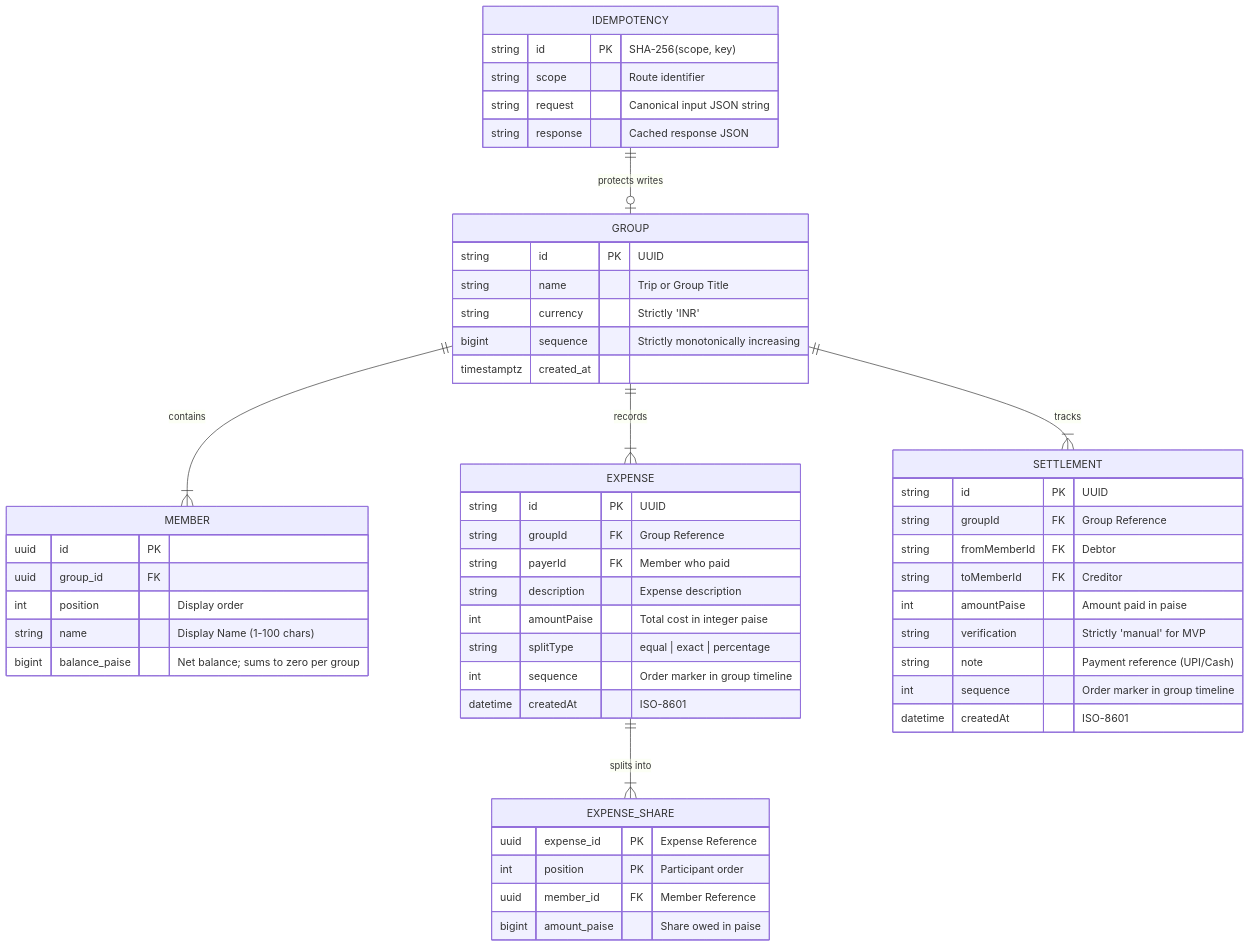
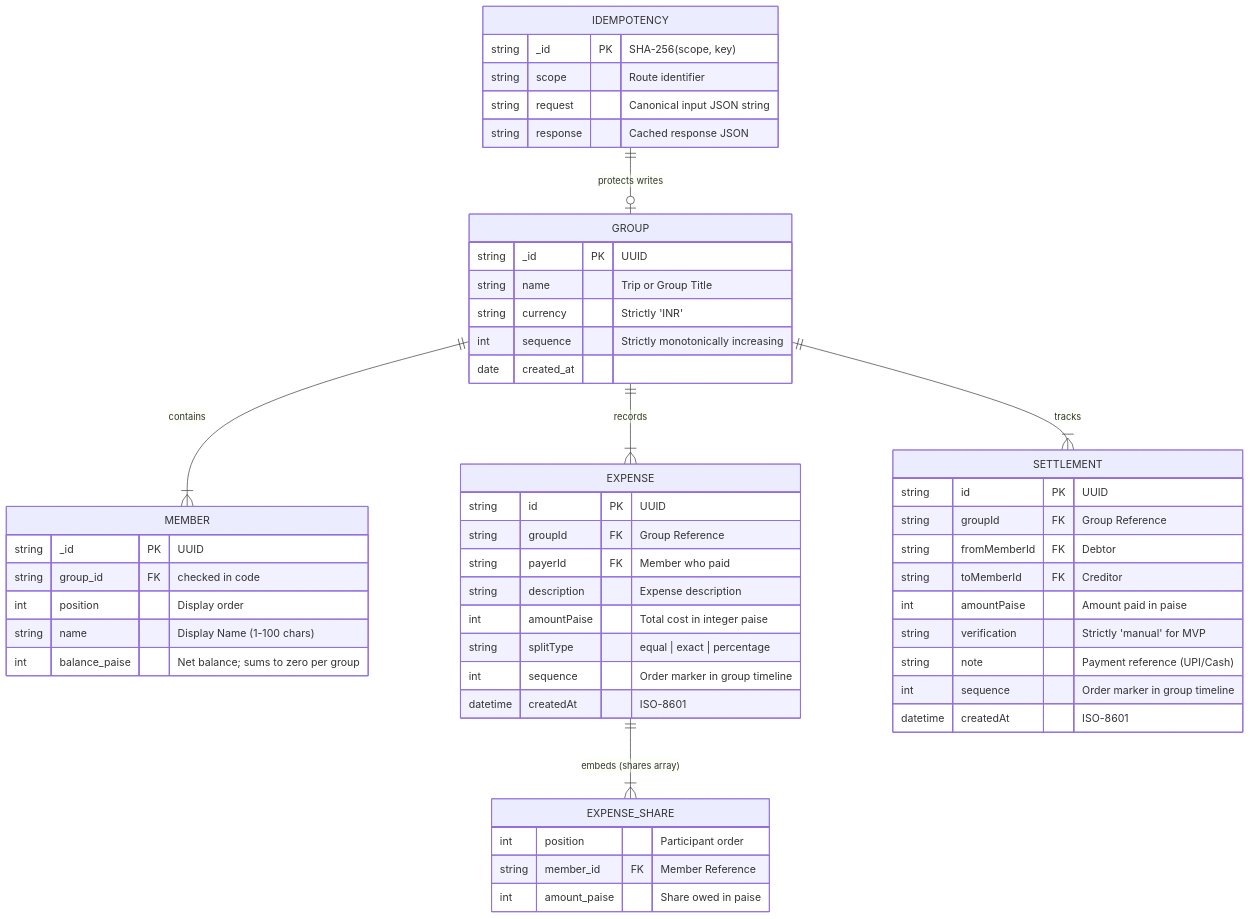
Before and after one commit to sourabhbagrecha/ghoomMates: the second of 3 diagrams in backend/docs/expenses-architecture.md, drawn with Mermaid. The commit also changed other lines of this file and 108 other files, not shown here.

````diff
--- a/backend/docs/expenses-architecture.md
+++ b/backend/docs/expenses-architecture.md
@@ -59,61 +59,60 @@
 ```mermaid
 erDiagram
     GROUP ||--|{ MEMBER : "contains"
     GROUP ||--|{ EXPENSE : "records"
     GROUP ||--|{ SETTLEMENT : "tracks"
-    EXPENSE ||--|{ EXPENSE_SHARE : "splits into"
+    EXPENSE ||--|{ EXPENSE_SHARE : "embeds (shares array)"
     IDEMPOTENCY ||--o| GROUP : "protects writes"
 
     GROUP {
-        string id PK "UUID"
+        string _id PK "UUID"
         string name "Trip or Group Title"
         string currency "Strictly 'INR'"
-        bigint sequence "Strictly monotonically increasing"
-        timestamptz created_at
+        int sequence "Strictly monotonically increasing"
+        date created_at
     }
 
     MEMBER {
-        uuid id PK
-        uuid group_id FK
+        string _id PK "UUID"
+        string group_id FK "checked in code"
         int position "Display order"
         string name "Display Name (1-100 chars)"
-        bigint balance_paise "Net balance; sums to zero per group"
+        int balance_paise "Net balance; sums to zero per group"
     }
 
     EXPENSE {
         string id PK "UUID"
         string groupId FK "Group Reference"
         string payerId FK "Member who paid"
         string description "Expense description"
         int amountPaise "Total cost in integer paise"
         string splitType "equal | exact | percentage"
         int sequence "Order marker in group timeline"
         datetime createdAt "ISO-8601"
     }
 
     EXPENSE_SHARE {
-        uuid expense_id PK "Expense Reference"
-        int position PK "Participant order"
-        uuid member_id FK "Member Reference"
-        bigint amount_paise "Share owed in paise"
+        int position "Participant order"
+        string member_id FK "Member Reference"
+        int amount_paise "Share owed in paise"
     }
 
     SETTLEMENT {
         string id PK "UUID"
         string groupId FK "Group Reference"
         string fromMemberId FK "Debtor"
         string toMemberId FK "Creditor"
         int amountPaise "Amount paid in paise"
         string verification "Strictly 'manual' for MVP"
         string note "Payment reference (UPI/Cash)"
         int sequence "Order marker in group timeline"
         datetime createdAt "ISO-8601"
     }
 
     IDEMPOTENCY {
-        string id PK "SHA-256(scope, key)"
+        string _id PK "SHA-256(scope, key)"
         string scope "Route identifier"
         string request "Canonical input JSON string"
         string response "Cached response JSON"
     }
 ```
````
